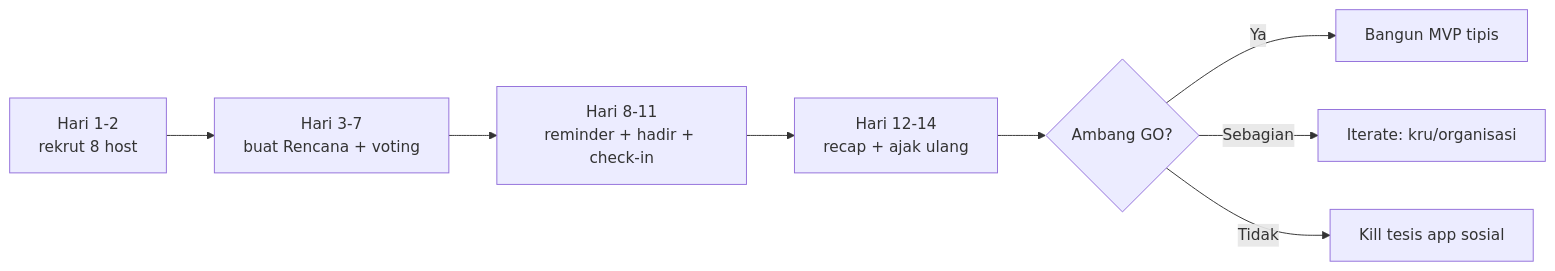
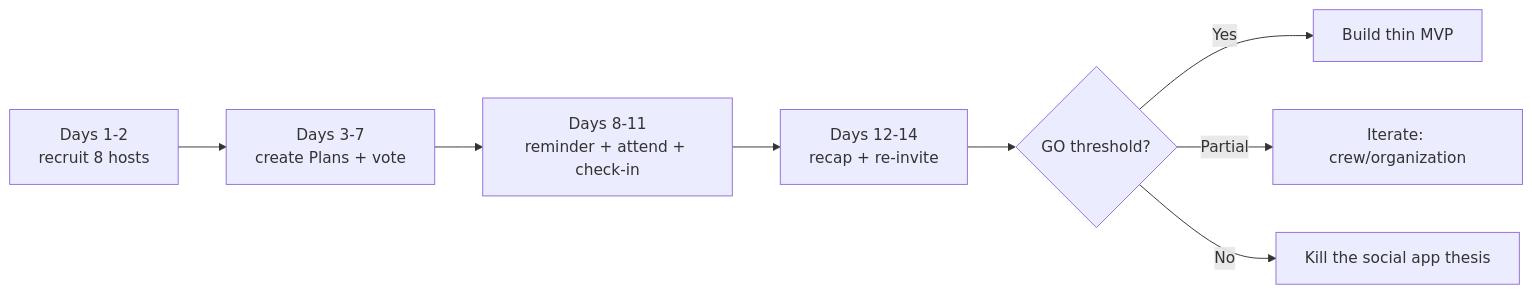
The diagram in experiment/README.md (itsmhp/SocialMedia), drawn with Mermaid before and after one commit. The commit also changed other lines of this file and 23 other files, not shown here.

````diff
--- a/experiment/README.md
+++ b/experiment/README.md
@@ -29,10 +29,10 @@
 ```mermaid
 flowchart LR
-    A[Hari 1-2<br/>rekrut 8 host] --> B[Hari 3-7<br/>buat Rencana + voting]
-    B --> C[Hari 8-11<br/>reminder + hadir + check-in]
-    C --> D[Hari 12-14<br/>recap + ajak ulang]
-    D --> E{Ambang GO?}
-    E -->|Ya| F[Bangun MVP tipis]
-    E -->|Sebagian| G[Iterate: kru/organisasi]
-    E -->|Tidak| H[Kill tesis app sosial]
+    A[Days 1-2<br/>recruit 8 hosts] --> B[Days 3-7<br/>create Plans + vote]
+    B --> C[Days 8-11<br/>reminder + attend + check-in]
+    C --> D[Days 12-14<br/>recap + re-invite]
+    D --> E{GO threshold?}
+    E -->|Yes| F[Build thin MVP]
+    E -->|Partial| G[Iterate: crew/organization]
+    E -->|No| H[Kill the social app thesis]
 ```
````
